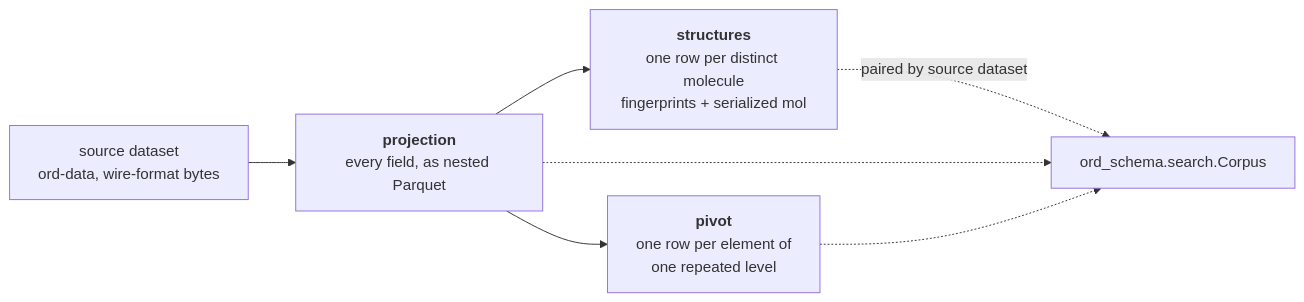
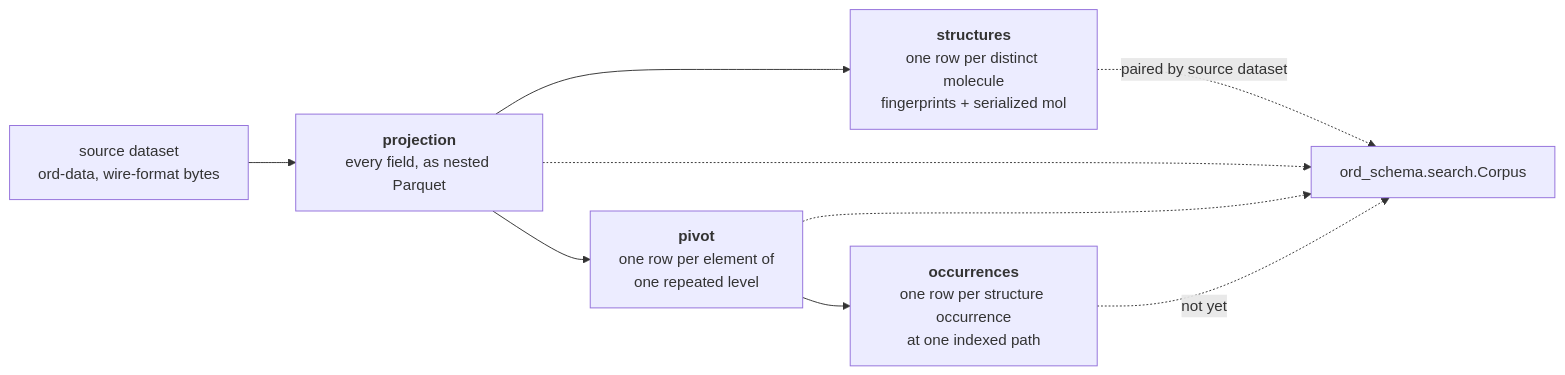
The diagram in ord_schema/artifacts/README.md (open-reaction-database/ord-schema), drawn with Mermaid before and after one commit. The commit also changed other lines of this file and 8 other files, not shown here.

````diff
--- a/ord_schema/artifacts/README.md
+++ b/ord_schema/artifacts/README.md
@@ -12,9 +12,11 @@
 ```mermaid
 flowchart LR
     D["source dataset<br/>ord-data, wire-format bytes"] --> P["<b>projection</b><br/>every field, as nested Parquet"]
     P --> S["<b>structures</b><br/>one row per distinct molecule<br/>fingerprints + serialized mol"]
     P --> V["<b>pivot</b><br/>one row per element of<br/>one repeated level"]
+    V --> O["<b>occurrences</b><br/>one row per structure occurrence<br/>at one indexed path"]
     S -.->|"paired by source dataset"| C["ord_schema.search.Corpus"]
     P -.-> C
     V -.-> C
+    O -. "not yet" .-> C
 ```
````
